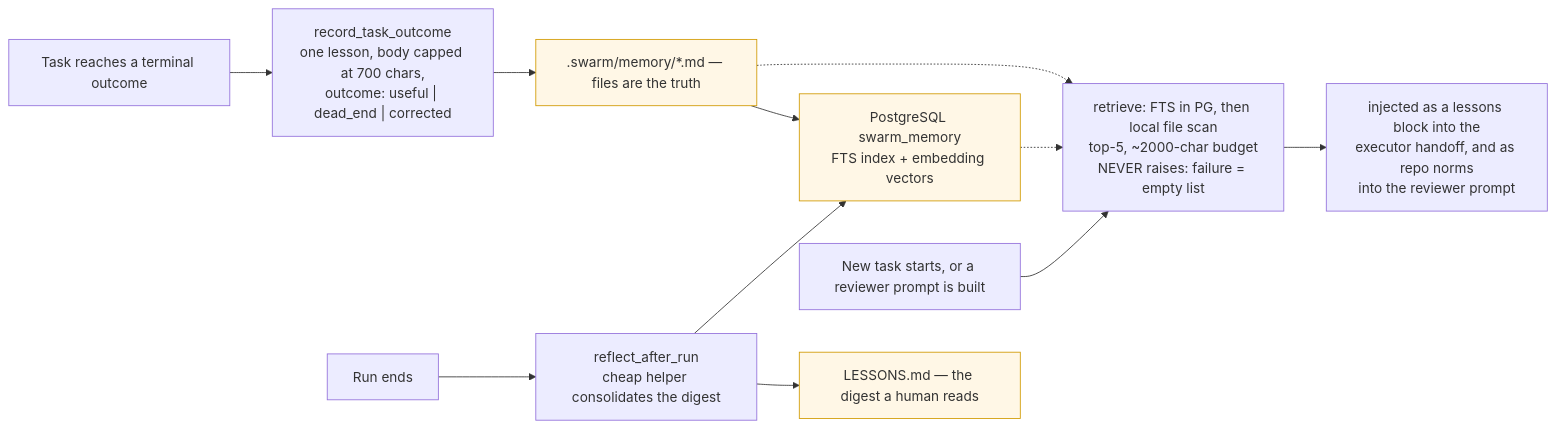
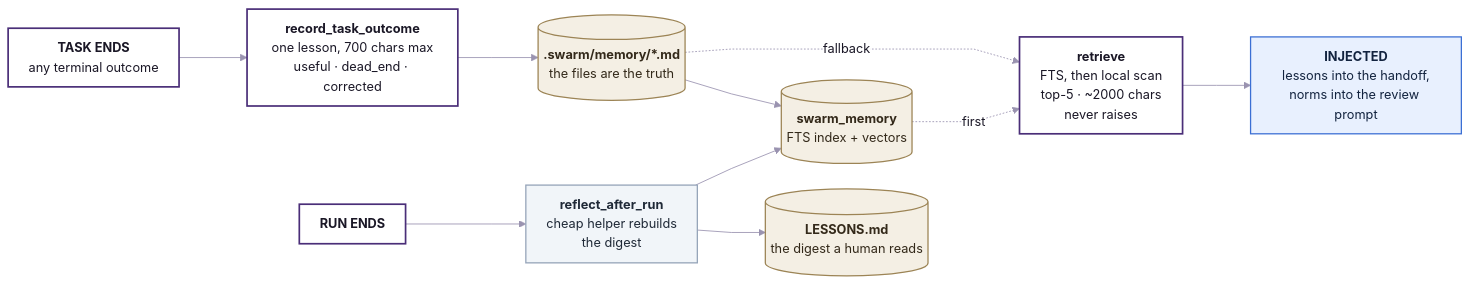
One commit to Orange-hanter/zairgrush changed diagram 14 of 16 in 11-architecture-diagrams.md. Above: the diagram before and after it, drawn with Mermaid. The commit also changed other lines of this file, not shown here.

````diff
--- a/11-architecture-diagrams.md
+++ b/11-architecture-diagrams.md
@@ -553,18 +668,28 @@
 ```mermaid
+%%{init:{"theme":"base","themeVariables":{"fontFamily":"ui-sans-serif,system-ui,-apple-system,Segoe UI,Roboto,sans-serif","fontSize":"15px","primaryColor":"#EFEAF8","primaryTextColor":"#1A1726","primaryBorderColor":"#7A5CB8","lineColor":"#9A93B0","edgeLabelBackground":"#FFFFFF"},"flowchart":{"diagramPadding":26,"curve":"linear","nodeSpacing":30,"rankSpacing":80,"padding":12}}}%%
 flowchart LR
-    task["Task reaches a terminal outcome"] --> rec["record_task_outcome<br/>one lesson, body capped at 700 chars,<br/>outcome: useful | dead_end | corrected"]
-    rec --> files[".swarm/memory/*.md — files are the truth"]
-    files --> pgi["PostgreSQL swarm_memory<br/>FTS index + embedding vectors"]
+    task["<b>TASK ENDS</b><br/>any terminal outcome"]:::mech
+    rec["<b>record_task_outcome</b><br/>one lesson, 700 chars max<br/>useful · dead_end · corrected"]:::mech
+    files[("<b>.swarm/memory/*.md</b><br/>the files are the truth")]:::store
+    pgi[("<b>swarm_memory</b><br/>FTS index + vectors")]:::store
+    runend["<b>RUN ENDS</b>"]:::mech
+    refl["<b>reflect_after_run</b><br/>cheap helper rebuilds<br/>the digest"]:::cheap
+    less[("<b>LESSONS.md</b><br/>the digest a human reads")]:::store
+    ret["<b>retrieve</b><br/>FTS, then local scan<br/>top-5 · ~2000 chars<br/>never raises"]:::mech
+    inj["<b>INJECTED</b><br/>lessons into the handoff,<br/>norms into the review prompt"]:::agent
 
-    runend["Run ends"] --> refl["reflect_after_run<br/>cheap helper consolidates the digest"]
-    refl --> less["LESSONS.md — the digest a human reads"]
+    task --> rec
+    rec --> files
+    files --> pgi
+    runend --> refl
+    refl --> less
     refl --> pgi
+    pgi -.->|"first"| ret
+    files -.->|"fallback"| ret
+    ret --> inj
 
-    q["New task starts, or a reviewer prompt is built"] --> ret["retrieve: FTS in PG, then local file scan<br/>top-5, ~2000-char budget<br/>NEVER raises: failure = empty list"]
-    pgi -.-> ret
-    files -.-> ret
-    ret --> inj["injected as a lessons block into the<br/>executor handoff, and as repo norms<br/>into the reviewer prompt"]
-
-    classDef store fill:#fff7e6,stroke:#d19a00
-    class files,pgi,less store
+    classDef mech fill:#FFFFFF,stroke:#4A2E78,stroke-width:2px,color:#1A1726
+    classDef store fill:#F4EFE4,stroke:#9C8455,stroke-width:1.5px,color:#33291A
+    classDef agent fill:#E8F0FE,stroke:#3B6FD4,stroke-width:1.5px,color:#12233F
+    classDef cheap fill:#F1F5F9,stroke:#94A3B8,stroke-width:1.5px,color:#1F2937
 ```
````
